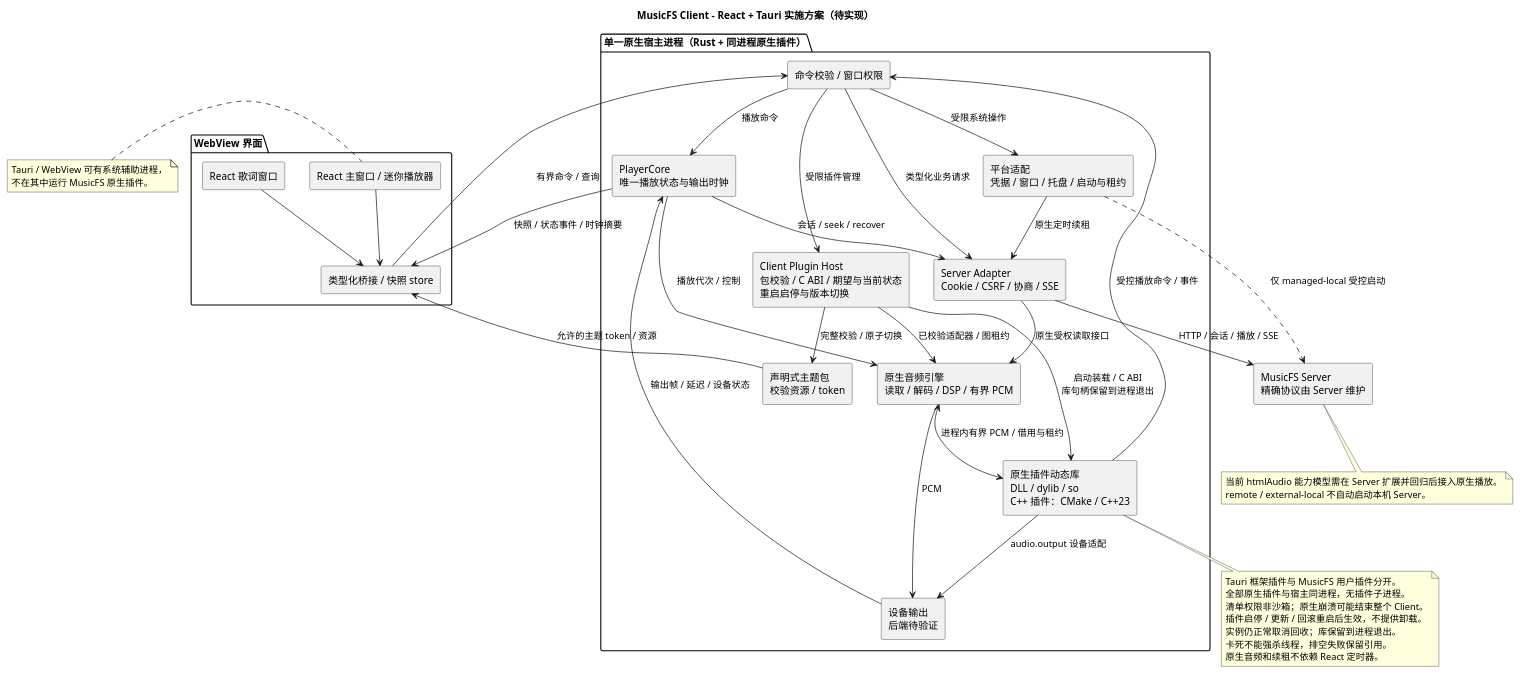
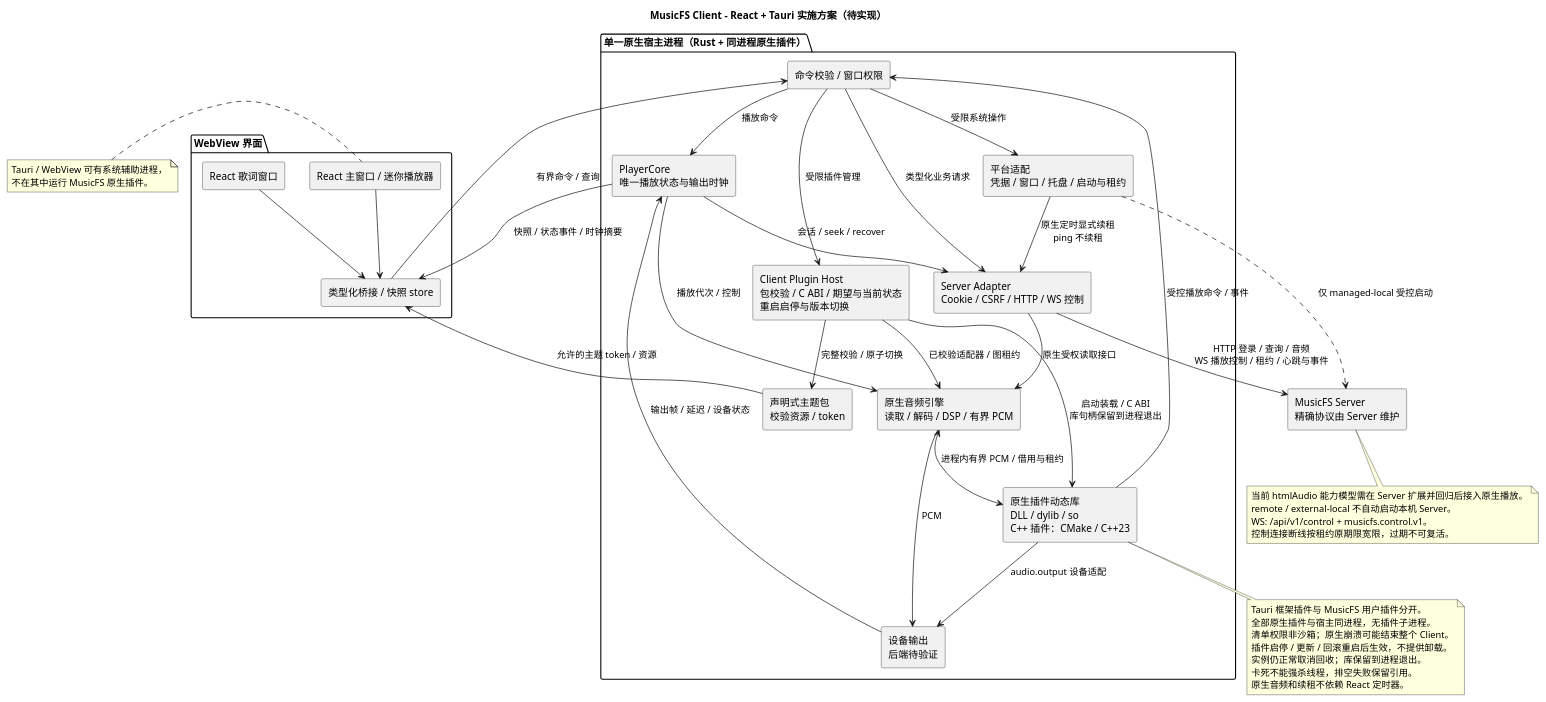
One commit to fnMrRice/MusicFS-client changed the diagram in docs/diagrams/desktop-components.puml. Above: the diagram before and after it, drawn with PlantUML. The commit also changed 6 other files, not shown here.

```diff
--- a/docs/diagrams/desktop-components.puml
+++ b/docs/diagrams/desktop-components.puml
@@ -1,69 +1,71 @@
 @startuml
 title MusicFS Client - React + Tauri 实施方案（待实现）
 skinparam componentStyle rectangle
 top to bottom direction
 
 package "WebView 界面" {
   component "React 主窗口 / 迷你播放器" as UI
   component "React 歌词窗口" as Lyrics
   component "类型化桥接 / 快照 store" as Bridge
   UI --> Bridge
   Lyrics --> Bridge
 }
 
 package "单一原生宿主进程（Rust + 同进程原生插件）" {
   component "命令校验 / 窗口权限" as Commands
   component "PlayerCore\n唯一播放状态与输出时钟" as Core
-  component "Server Adapter\nCookie / CSRF / 协商 / SSE" as Adapter
+  component "Server Adapter\nCookie / CSRF / HTTP / WS 控制" as Adapter
   component "Client Plugin Host\n包校验 / C ABI / 期望与当前状态\n重启启停与版本切换" as Host
   component "原生音频引擎\n读取 / 解码 / DSP / 有界 PCM" as Audio
   component "设备输出\n后端待验证" as Output
   component "平台适配\n凭据 / 窗口 / 托盘 / 启动与租约" as Platform
   component "原生插件动态库\nDLL / dylib / so\nC++ 插件：CMake / C++23" as NativePlugin
   component "声明式主题包\n校验资源 / token" as Theme
   Commands --> Core : 播放命令
   Commands --> Host : 受限插件管理
   Commands --> Adapter : 类型化业务请求
   Commands --> Platform : 受限系统操作
   Core --> Adapter : 会话 / seek / recover
   Core --> Audio : 播放代次 / 控制
   Host --> Audio : 已校验适配器 / 图租约
   Adapter --> Audio : 原生受权读取接口
   Audio --> Output : PCM
   Output --> Core : 输出帧 / 延迟 / 设备状态
   Host --> NativePlugin : 启动装载 / C ABI\n库句柄保留到进程退出
   NativePlugin --> Commands : 受控播放命令 / 事件
   Audio <--> NativePlugin : 进程内有界 PCM / 借用与租约
   NativePlugin --> Output : audio.output 设备适配
   Host --> Theme : 完整校验 / 原子切换
 }
 
 component "MusicFS Server\n精确协议由 Server 维护" as Server
 
 Bridge --> Commands : 有界命令 / 查询
 Core --> Bridge : 快照 / 状态事件 / 时钟摘要
 Theme --> Bridge : 允许的主题 token / 资源
-Adapter --> Server : HTTP / 会话 / 播放 / SSE
-Platform --> Adapter : 原生定时续租
+Adapter --> Server : HTTP 登录 / 查询 / 音频\nWS 播放控制 / 租约 / 心跳与事件
+Platform --> Adapter : 原生定时显式续租\nping 不续租
 Platform ..> Server : 仅 managed-local 受控启动
 
 note bottom of Server
   当前 htmlAudio 能力模型需在 Server 扩展并回归后接入原生播放。
   remote / external-local 不自动启动本机 Server。
+  WS: /api/v1/control + musicfs.control.v1。
+  控制连接断线按租约原期限宽限，过期不可复活。
 end note
 
 note bottom of NativePlugin
   Tauri 框架插件与 MusicFS 用户插件分开。
   全部原生插件与宿主同进程，无插件子进程。
   清单权限非沙箱；原生崩溃可能结束整个 Client。
   插件启停 / 更新 / 回滚重启后生效，不提供卸载。
   实例仍正常取消回收；库保留到进程退出。
   卡死不能强杀线程，排空失败保留引用。
   原生音频和续租不依赖 React 定时器。
 end note
 
 note left of UI
   Tauri / WebView 可有系统辅助进程，
   不在其中运行 MusicFS 原生插件。
 end note
 @enduml
```
